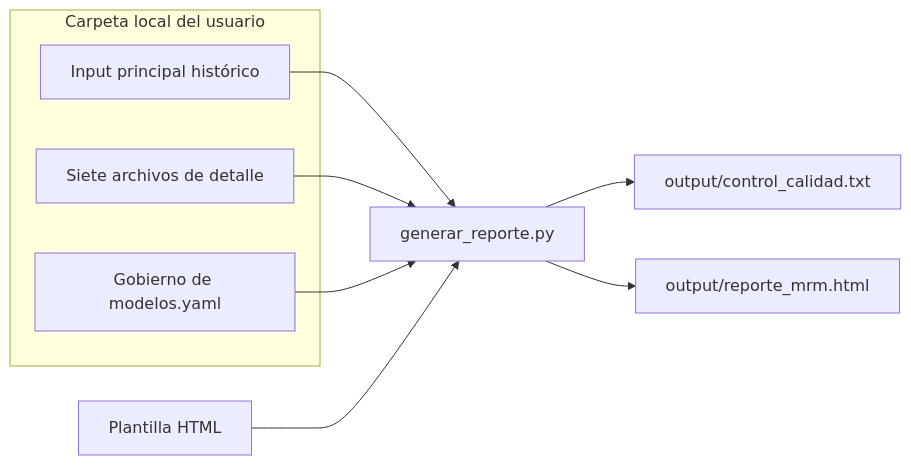
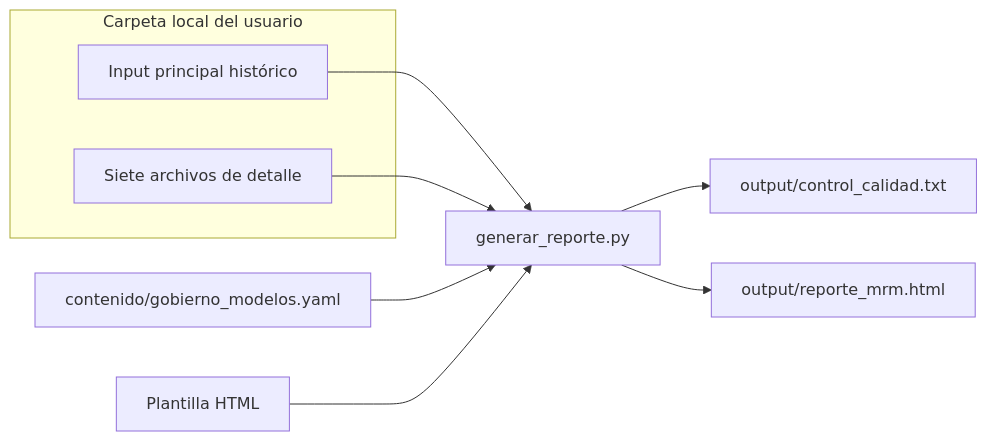
One commit to DanteBarreto/Score-MRM-2.0 changed the diagram in README.md. Above: the diagram before and after it, drawn with Mermaid. The commit also changed other lines of this file and 14 other files, not shown here.

First line of the commit message:
Incluir el contenido de Gobierno en el repositorio

````diff
--- a/README.md
+++ b/README.md
@@ -43,14 +43,13 @@
 ```mermaid
 flowchart LR
     subgraph L[Carpeta local del usuario]
       A[Input principal histórico]
       B[Siete archivos de detalle]
-      G[Gobierno de modelos.yaml]
     end
     A --> D[generar_reporte.py]
     B --> D
-    G --> D
+    G[contenido/gobierno_modelos.yaml] --> D
     T[Plantilla HTML] --> D
     D --> Q[output/control_calidad.txt]
     D --> R[output/reporte_mrm.html]
 ```
````
